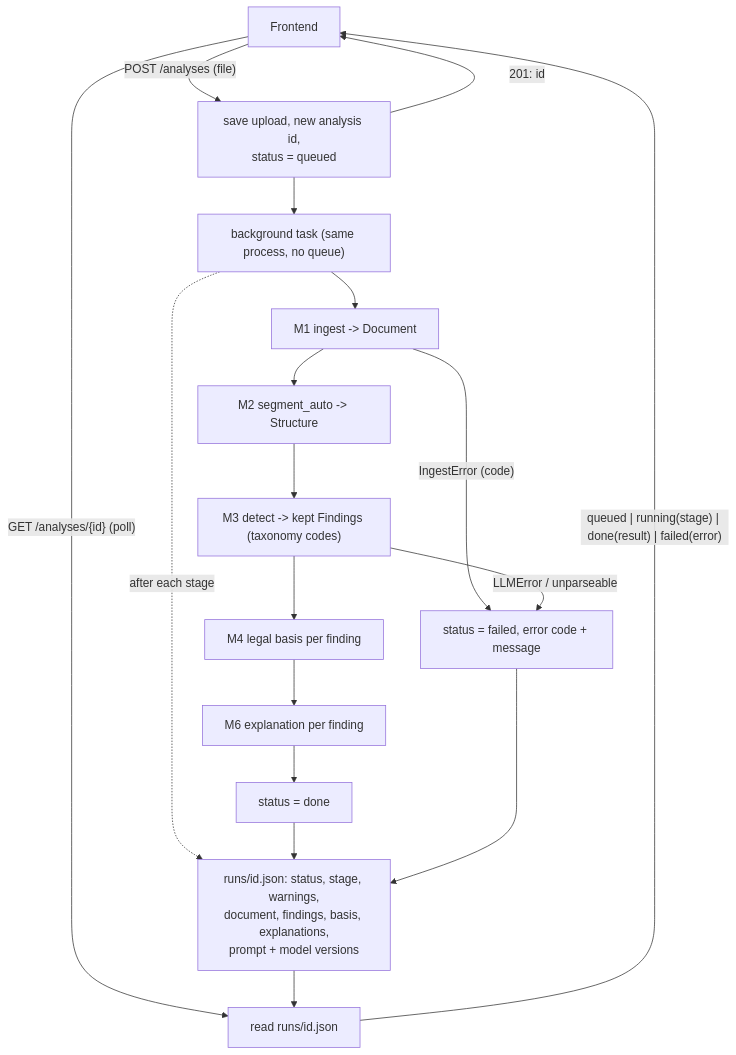
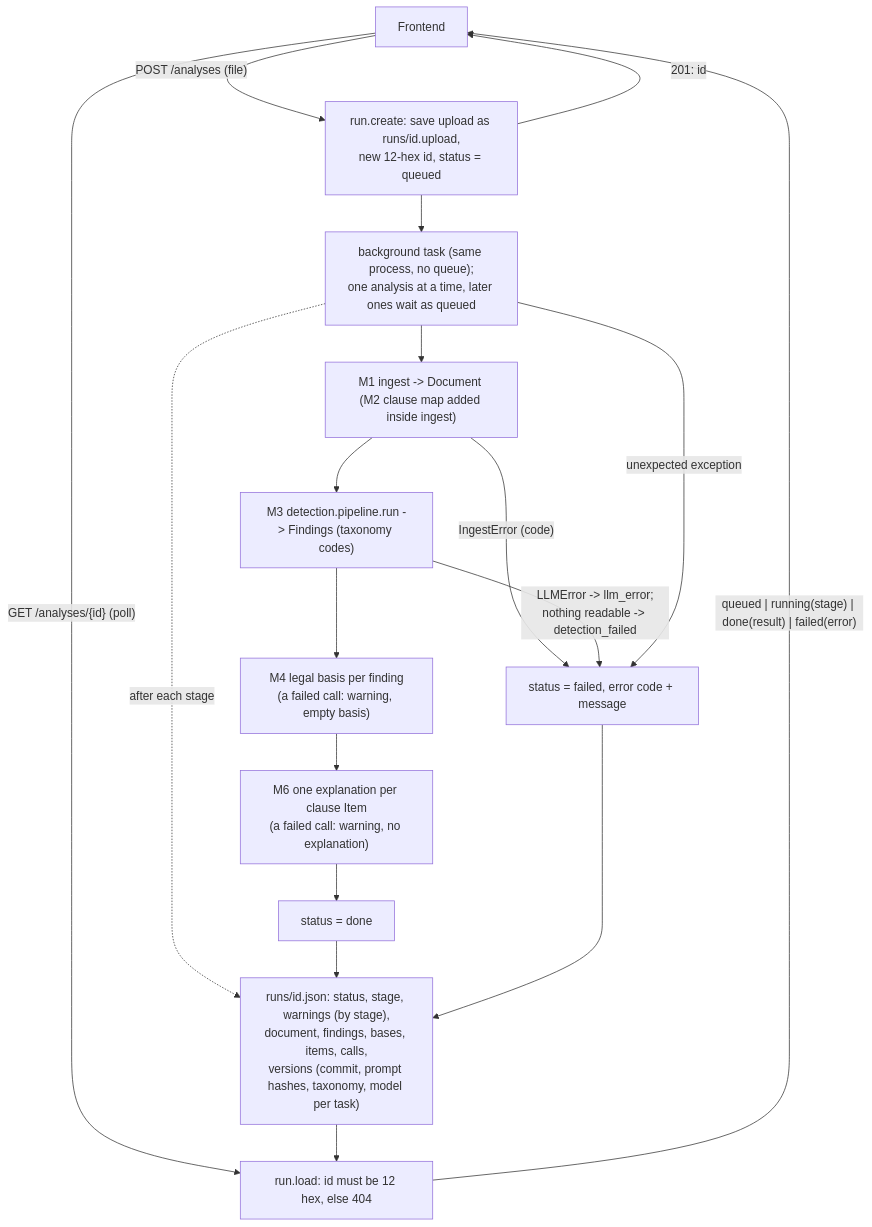
One commit to hoanglax/ContractRiskAnalyzer changed the diagram in docs/diagrams/orch_api.mmd. Above: the diagram before and after it, drawn with Mermaid. The commit also changed 11 other files, not shown here.

First line of the commit message:
feat: analyses API and orchestration, M1 -> M6 in the background with a run record per stage

```diff
--- a/docs/diagrams/orch_api.mmd
+++ b/docs/diagrams/orch_api.mmd
@@ -1,18 +1,18 @@
 graph TB
-    FE["Frontend"] -->|"POST /analyses (file)"| UP["save upload, new analysis id,<br/>status = queued"]
+    FE["Frontend"] -->|"POST /analyses (file)"| UP["run.create: save upload as runs/id.upload,<br/>new 12-hex id, status = queued"]
     UP -->|"201: id"| FE
-    UP --> BG["background task (same process, no queue)"]
-    BG --> S1["M1 ingest -> Document"]
+    UP --> BG["background task (same process, no queue);<br/>one analysis at a time, later ones wait as queued"]
+    BG --> S1["M1 ingest -> Document (M2 clause map added inside ingest)"]
     S1 -->|"IngestError (code)"| FAIL["status = failed, error code + message"]
-    S1 --> S2["M2 segment_auto -> Structure"]
-    S2 --> S3["M3 detect -> kept Findings (taxonomy codes)"]
-    S3 -->|"LLMError / unparseable"| FAIL
-    S3 --> S4["M4 legal basis per finding"]
-    S4 --> S6["M6 explanation per finding"]
+    S1 --> S3["M3 detection.pipeline.run -> Findings (taxonomy codes)"]
+    S3 -->|"LLMError -> llm_error;<br/>nothing readable -> detection_failed"| FAIL
+    S3 --> S4["M4 legal basis per finding<br/>(a failed call: warning, empty basis)"]
+    S4 --> S6["M6 one explanation per clause Item<br/>(a failed call: warning, no explanation)"]
     S6 --> DONE["status = done"]
-    BG -.->|"after each stage"| ST["runs/id.json: status, stage, warnings,<br/>document, findings, basis, explanations,<br/>prompt + model versions"]
+    BG -.->|"after each stage"| ST["runs/id.json: status, stage, warnings (by stage),<br/>document, findings, bases, items, calls,<br/>versions (commit, prompt hashes, taxonomy, model per task)"]
     DONE --> ST
     FAIL --> ST
-    FE -->|"GET /analyses/{id} (poll)"| GET["read runs/id.json"]
+    BG -->|"unexpected exception"| FAIL
+    FE -->|"GET /analyses/{id} (poll)"| GET["run.load: id must be 12 hex, else 404"]
     ST --> GET
     GET -->|"queued | running(stage) | done(result) | failed(error)"| FE
```
